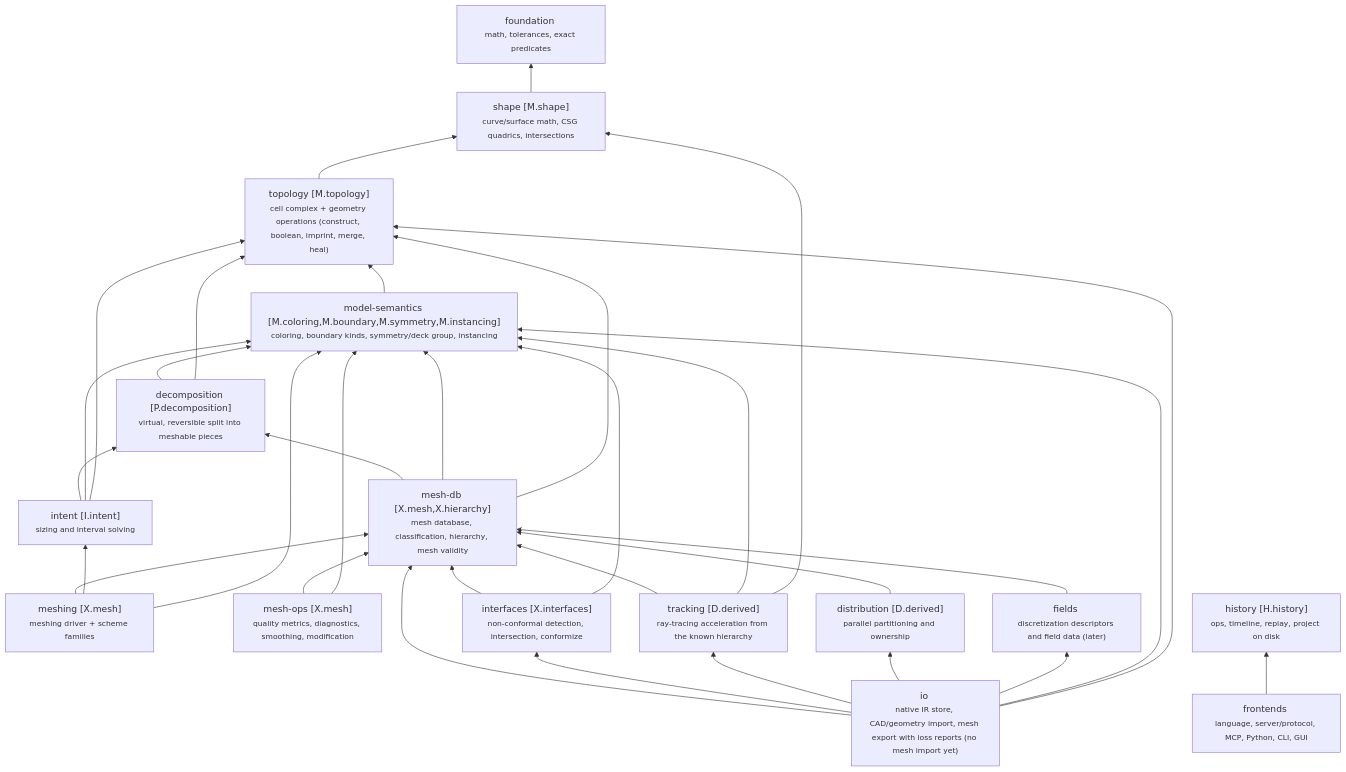
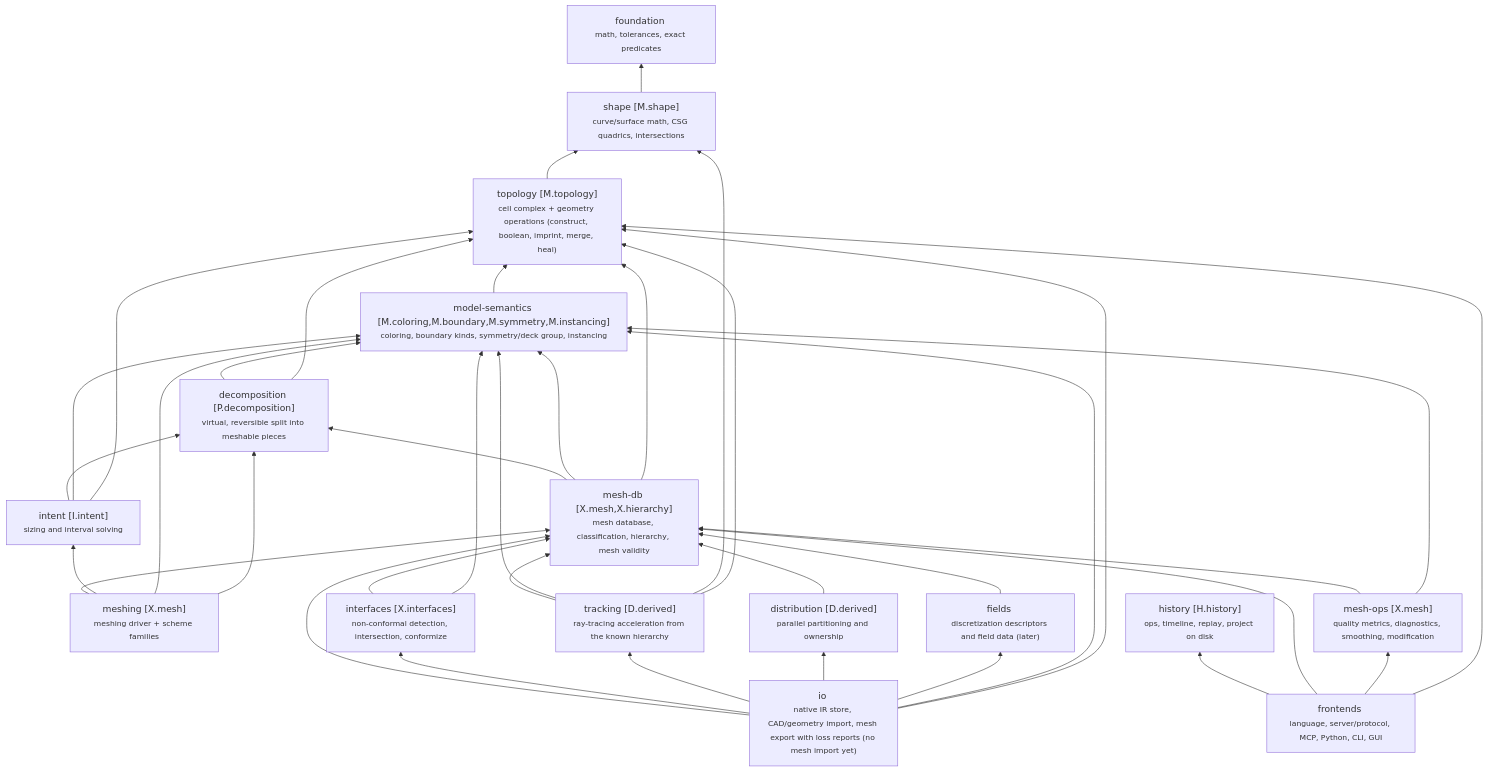
One commit to deOliveira-R/smart-mesher changed the diagram in docs/graph/domains.mmd. Above: the diagram before and after it, drawn with Mermaid. The commit also changed 12 other files, not shown here.

First line of the commit message:
docs: W3b plan and concept-graph delta (rulings Q1-Q14 applied; P1-P5 pending)

```diff
--- a/docs/graph/domains.mmd
+++ b/docs/graph/domains.mmd
@@ -1,48 +1,53 @@
 graph BT
   foundation["foundation <br/><small>math, tolerances, exact predicates</small>"]
   shape["shape [M.shape]<br/><small>curve/surface math, CSG quadrics, intersections</small>"]
   topology["topology [M.topology]<br/><small>cell complex + geometry operations (construct, boolean, imprint, merge, heal)</small>"]
   model_semantics["model-semantics [M.coloring,M.boundary,M.symmetry,M.instancing]<br/><small>coloring, boundary kinds, symmetry/deck group, instancing</small>"]
   decomposition["decomposition [P.decomposition]<br/><small>virtual, reversible split into meshable pieces</small>"]
   intent["intent [I.intent]<br/><small>sizing and interval solving</small>"]
   meshing["meshing [X.mesh]<br/><small>meshing driver + scheme families</small>"]
   mesh_db["mesh-db [X.mesh,X.hierarchy]<br/><small>mesh database, classification, hierarchy, mesh validity</small>"]
   mesh_ops["mesh-ops [X.mesh]<br/><small>quality metrics, diagnostics, smoothing, modification</small>"]
   interfaces["interfaces [X.interfaces]<br/><small>non-conformal detection, intersection, conformize</small>"]
   tracking["tracking [D.derived]<br/><small>ray-tracing acceleration from the known hierarchy</small>"]
   distribution["distribution [D.derived]<br/><small>parallel partitioning and ownership</small>"]
   fields["fields <br/><small>discretization descriptors and field data (later)</small>"]
   io["io <br/><small>native IR store, CAD/geometry import, mesh export with loss reports (no mesh import yet)</small>"]
   history["history [H.history]<br/><small>ops, timeline, replay, project on disk</small>"]
   frontends["frontends <br/><small>language, server/protocol, MCP, Python, CLI, GUI</small>"]
   shape --> foundation
   topology --> shape
   model_semantics --> topology
   decomposition --> model_semantics
   decomposition --> topology
   intent --> decomposition
   intent --> model_semantics
   intent --> topology
   mesh_db --> decomposition
   mesh_db --> model_semantics
   mesh_db --> topology
   meshing --> mesh_db
   meshing --> intent
   meshing --> model_semantics
+  meshing --> decomposition
   mesh_ops --> mesh_db
   mesh_ops --> model_semantics
   interfaces --> mesh_db
   interfaces --> model_semantics
   tracking --> mesh_db
   tracking --> model_semantics
   tracking --> shape
+  tracking --> topology
   distribution --> mesh_db
   fields --> mesh_db
   io --> mesh_db
   io --> interfaces
   io --> tracking
   io --> distribution
   io --> fields
   io --> model_semantics
   io --> topology
   frontends --> history
+  frontends --> mesh_db
+  frontends --> mesh_ops
+  frontends --> topology
```
